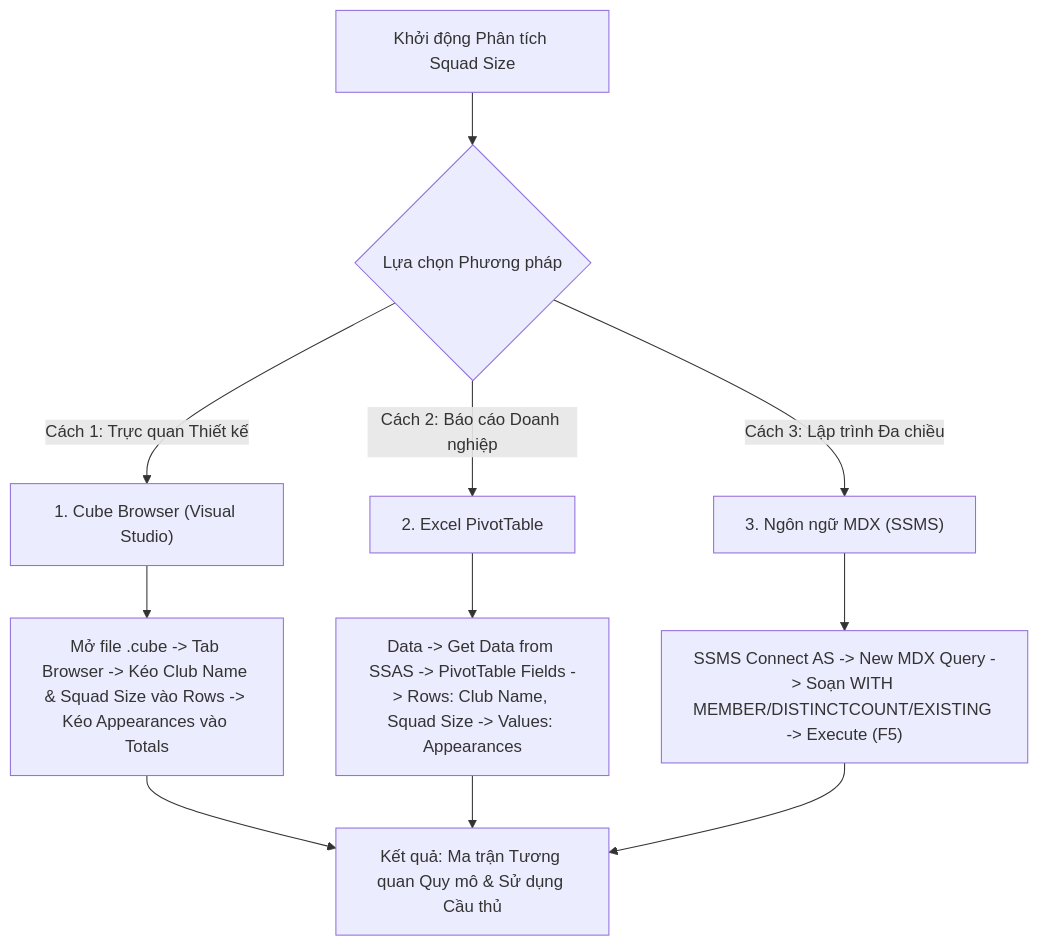
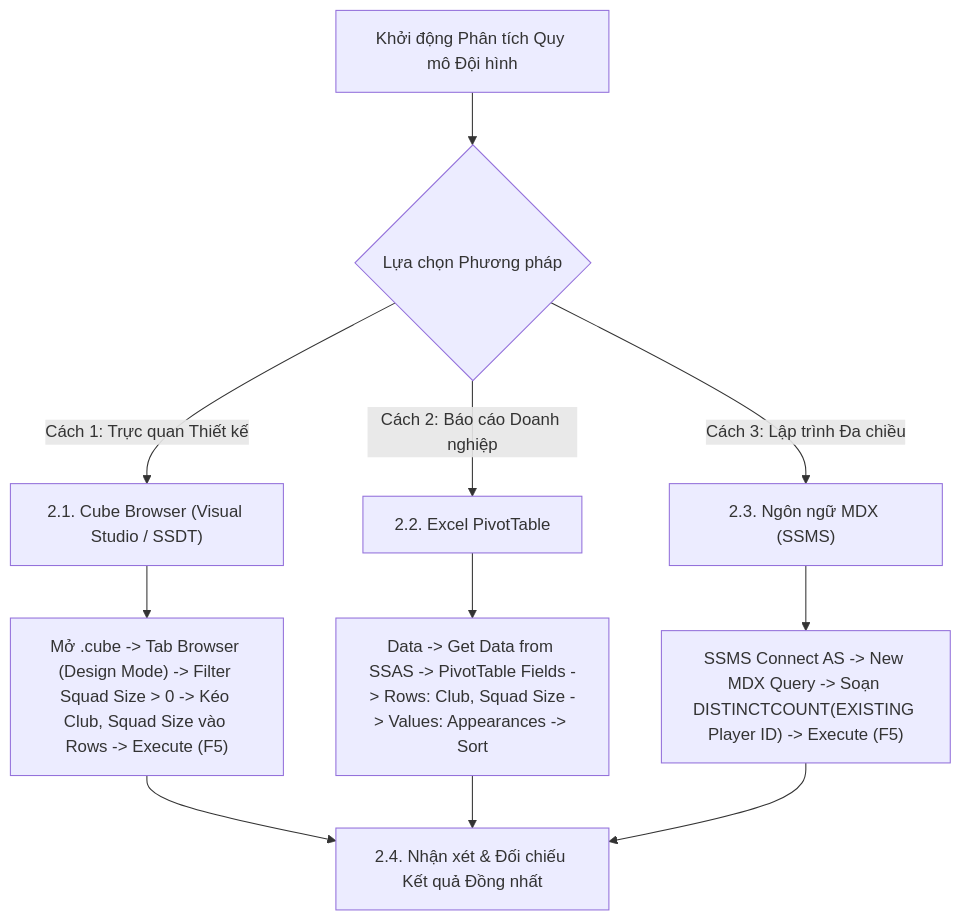
One commit to snowflake-vibing/Kho_du_lieu_OLAP changed the diagram in mdx/query_13.md. Above: the diagram before and after it, drawn with Mermaid. The commit also changed other lines of this file and 9 other files, not shown here.

Commit message:
docs(mdx): dong bo quy trinh 3 phuong phap va bang doi chieu cho query 06 den 15

````diff
--- a/mdx/query_13.md
+++ b/mdx/query_13.md
@@ -34,16 +38,16 @@
 ```mermaid
 flowchart TD
-    Start["Khởi động Phân tích Squad Size"] --> Choice{"Lựa chọn Phương pháp"}
+    Start["Khởi động Phân tích Quy mô Đội hình"] --> Choice{"Lựa chọn Phương pháp"}
 
-    Choice -->|"Cách 1: Trực quan Thiết kế"| CB["1. Cube Browser (Visual Studio)"]
-    Choice -->|"Cách 2: Báo cáo Doanh nghiệp"| Excel["2. Excel PivotTable"]
-    Choice -->|"Cách 3: Lập trình Đa chiều"| MDX["3. Ngôn ngữ MDX (SSMS)"]
+    Choice -->|"Cách 1: Trực quan Thiết kế"| CB["2.1. Cube Browser (Visual Studio / SSDT)"]
+    Choice -->|"Cách 2: Báo cáo Doanh nghiệp"| Excel["2.2. Excel PivotTable"]
+    Choice -->|"Cách 3: Lập trình Đa chiều"| MDX["2.3. Ngôn ngữ MDX (SSMS)"]
 
-    CB --> CB_Step["Mở file .cube -> Tab Browser -> Kéo Club Name & Squad Size vào Rows -> Kéo Appearances vào Totals"]
-    Excel --> Excel_Step["Data -> Get Data from SSAS -> PivotTable Fields -> Rows: Club Name, Squad Size -> Values: Appearances"]
-    MDX --> MDX_Step["SSMS Connect AS -> New MDX Query -> Soạn WITH MEMBER/DISTINCTCOUNT/EXISTING -> Execute (F5)"]
+    CB --> CB_Step["Mở .cube -> Tab Browser (Design Mode) -> Filter Squad Size > 0 -> Kéo Club, Squad Size vào Rows -> Execute (F5)"]
+    Excel --> Excel_Step["Data -> Get Data from SSAS -> PivotTable Fields -> Rows: Club, Squad Size -> Values: Appearances -> Sort"]
+    MDX --> MDX_Step["SSMS Connect AS -> New MDX Query -> Soạn DISTINCTCOUNT(EXISTING Player ID) -> Execute (F5)"]
 
-    CB_Step --> Finish["Kết quả: Ma trận Tương quan Quy mô & Sử dụng Cầu thủ"]
+    CB_Step --> Finish["2.4. Nhận xét & Đối chiếu Kết quả Đồng nhất"]
     Excel_Step --> Finish
     MDX_Step --> Finish
 ```
````
